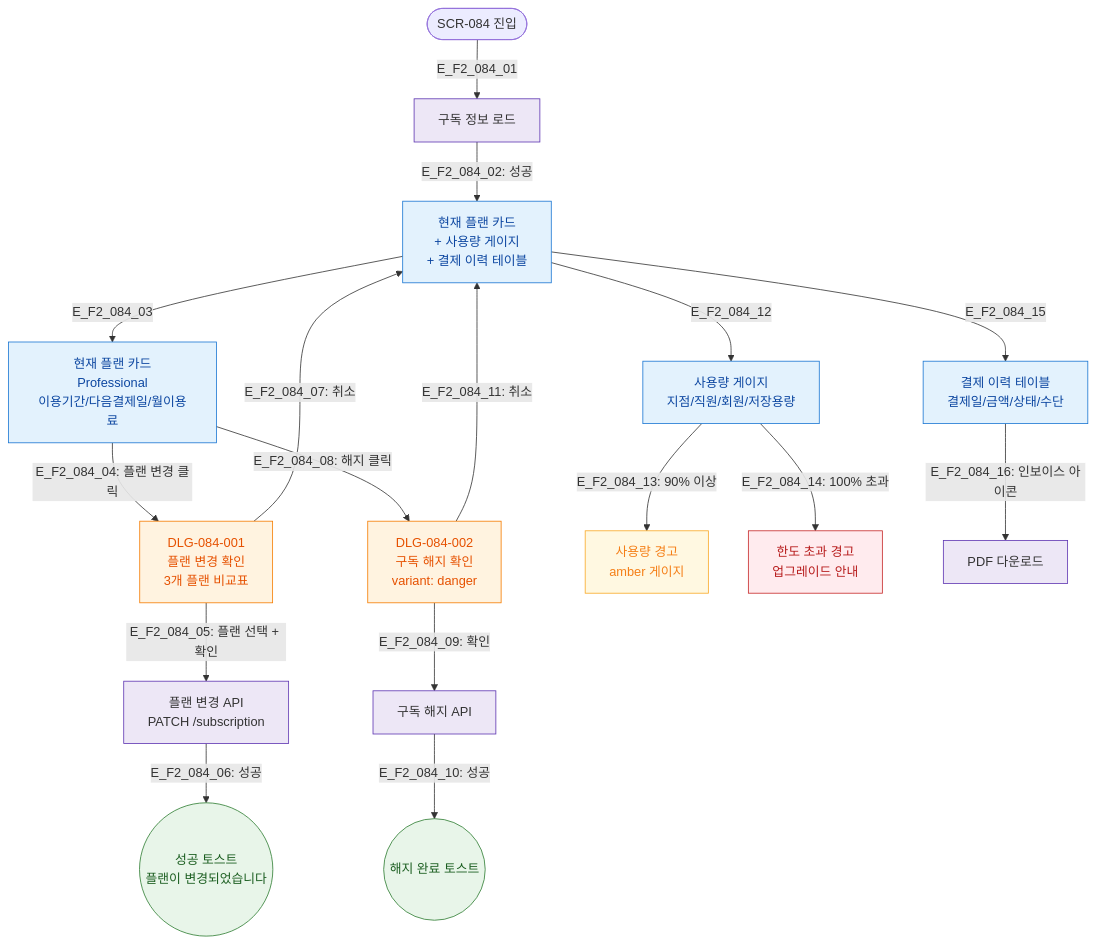
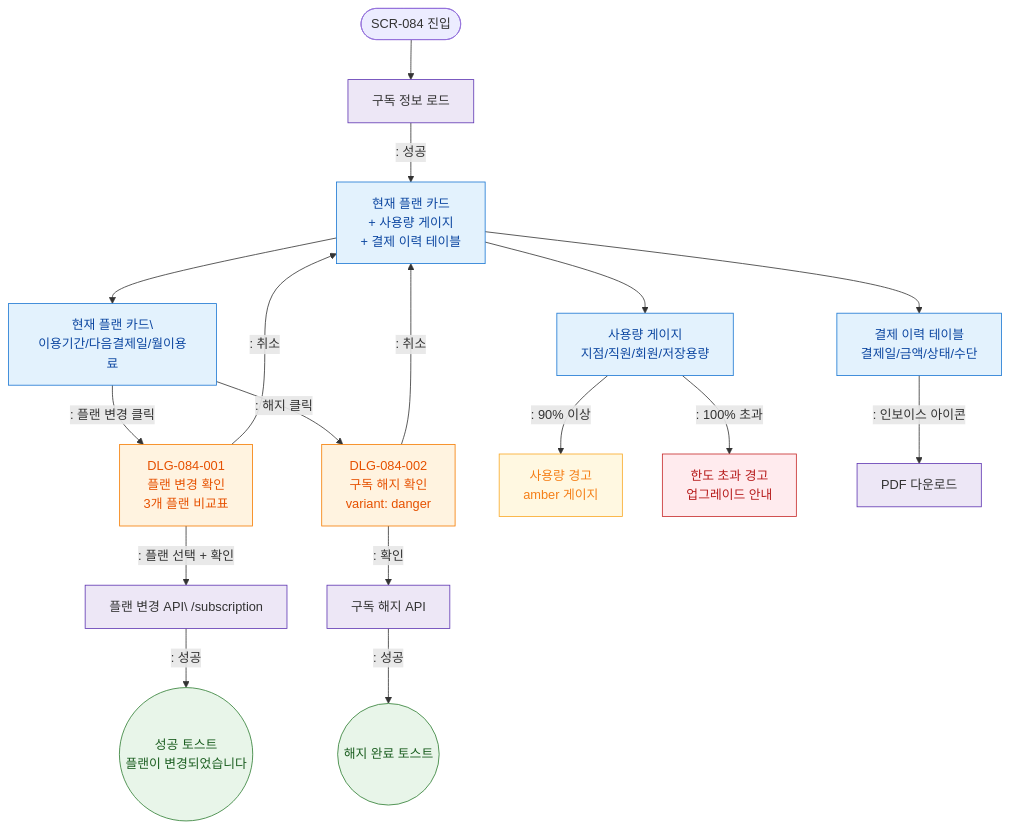
One commit to dev-spogym/admin-pando changed the diagram in docs/다이어그램/D09_설정관리/SCR-084_구독결제관리/F2_메인인터랙션.md. Above: the diagram before and after it, drawn with Mermaid. The commit also changed other lines of this file and 1660 other files, not shown here.

First line of the commit message:
다이어그램: 기획자/클라이언트 납품본으로 정리

````diff
--- a/docs/다이어그램/D09_설정관리/SCR-084_구독결제관리/F2_메인인터랙션.md
+++ b/docs/다이어그램/D09_설정관리/SCR-084_구독결제관리/F2_메인인터랙션.md
@@ -14,36 +12,36 @@
 ```mermaid
 flowchart TD
-    Entry([SCR-084 진입]) -->|E_F2_084_01| Load[구독 정보 로드]
-    Load -->|"E_F2_084_02: 성공"| Display[현재 플랜 카드\n+ 사용량 게이지\n+ 결제 이력 테이블]
+    Entry([SCR-084 진입]) --> Load[구독 정보 로드]
+    Load -->|": 성공"|Display[현재 플랜 카드\n+ 사용량 게이지\n+ 결제 이력 테이블]
 
-    Display -->|E_F2_084_03| PlanCard[현재 플랜 카드\nProfessional\n이용기간/다음결제일/월이용료]
-    PlanCard -->|"E_F2_084_04: 플랜 변경 클릭"| DLG_001[DLG-084-001\n플랜 변경 확인\n3개 플랜 비교표]
-    DLG_001 -->|"E_F2_084_05: 플랜 선택 + 확인"| ChangePlan[플랜 변경 API\nPATCH /subscription]
-    ChangePlan -->|"E_F2_084_06: 성공"| PlanOK((성공 토스트\n플랜이 변경되었습니다))
-    DLG_001 -->|"E_F2_084_07: 취소"| Display
+    Display --> PlanCard[현재 플랜 카드\\n이용기간/다음결제일/월이용료]
+    PlanCard -->|": 플랜 변경 클릭"|DLG_001[DLG-084-001\n플랜 변경 확인\n3개 플랜 비교표]
+    DLG_001 -->|": 플랜 선택 + 확인"|ChangePlan[플랜 변경 API\ /subscription]
+    ChangePlan -->|": 성공"|PlanOK((성공 토스트\n플랜이 변경되었습니다))
+    DLG_001 -->|": 취소"|Display
 
-    PlanCard -->|"E_F2_084_08: 해지 클릭"| DLG_002[DLG-084-002\n구독 해지 확인\nvariant: danger]
-    DLG_002 -->|"E_F2_084_09: 확인"| CancelSub[구독 해지 API]
-    CancelSub -->|"E_F2_084_10: 성공"| CancelOK((해지 완료 토스트))
-    DLG_002 -->|"E_F2_084_11: 취소"| Display
+    PlanCard -->|": 해지 클릭"|DLG_002[DLG-084-002\n구독 해지 확인\nvariant: danger]
+    DLG_002 -->|": 확인"|CancelSub[구독 해지 API]
+    CancelSub -->|": 성공"|CancelOK((해지 완료 토스트))
+    DLG_002 -->|": 취소"|Display
 
-    Display -->|E_F2_084_12| UsageGauge[사용량 게이지\n지점/직원/회원/저장용량]
-    UsageGauge -->|"E_F2_084_13: 90% 이상"| UsageWarn[사용량 경고\namber 게이지]
-    UsageGauge -->|"E_F2_084_14: 100% 초과"| UsageBlock[한도 초과 경고\n업그레이드 안내]
+    Display --> UsageGauge[사용량 게이지\n지점/직원/회원/저장용량]
+    UsageGauge -->|": 90% 이상"|UsageWarn[사용량 경고\namber 게이지]
+    UsageGauge -->|": 100% 초과"|UsageBlock[한도 초과 경고\n업그레이드 안내]
 
-    Display -->|E_F2_084_15| PayHistory[결제 이력 테이블\n결제일/금액/상태/수단]
-    PayHistory -->|"E_F2_084_16: 인보이스 아이콘"| DownloadPDF[PDF 다운로드]
+    Display --> PayHistory[결제 이력 테이블\n결제일/금액/상태/수단]
+    PayHistory -->|": 인보이스 아이콘"|DownloadPDF[PDF 다운로드]
 
     classDef screen fill:#E3F2FD,stroke:#1976D2,color:#0D47A1
     classDef modal fill:#FFF3E0,stroke:#F57C00,color:#E65100
     classDef success fill:#E8F5E9,stroke:#2E7D32,color:#1B5E20
     classDef warning fill:#FFF8E1,stroke:#F9A825,color:#F57F17
     classDef error fill:#FFEBEE,stroke:#C62828,color:#B71C1C
     classDef system fill:#EDE7F6,stroke:#5E35B2
     class Display,PlanCard,UsageGauge,PayHistory screen
     class DLG_001,DLG_002 modal
     class PlanOK,CancelOK success
     class UsageWarn warning
     class UsageBlock error
     class Load,ChangePlan,CancelSub,DownloadPDF system
 ```
````
